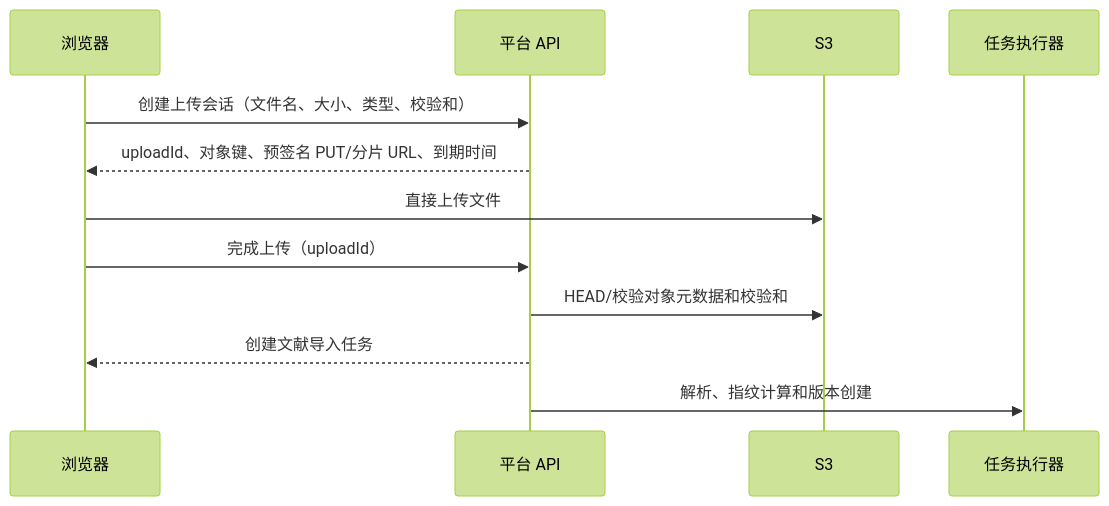
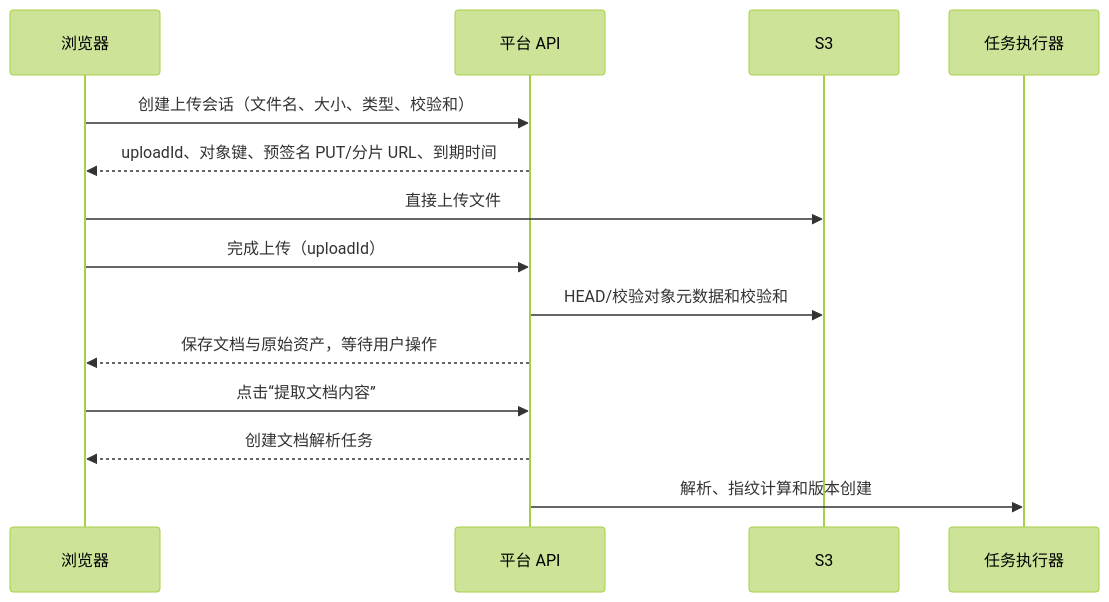
One commit to muzhix/suzhi changed the fifth of 5 diagrams in doc/blueprint.md. Above: the diagram before and after it, drawn with Mermaid (forest theme). The commit also changed other lines of this file and 10 other files, not shown here.

````diff
--- a/doc/blueprint.md
+++ b/doc/blueprint.md
@@ -1358,14 +1587,16 @@
 ```mermaid
 sequenceDiagram
     participant B as 浏览器
     participant A as 平台 API
     participant S as S3
     participant W as 任务执行器
     B->>A: 创建上传会话（文件名、大小、类型、校验和）
     A-->>B: uploadId、对象键、预签名 PUT/分片 URL、到期时间
     B->>S: 直接上传文件
     B->>A: 完成上传（uploadId）
     A->>S: HEAD/校验对象元数据和校验和
-    A-->>B: 创建文献导入任务
+    A-->>B: 保存文档与原始资产，等待用户操作
+    B->>A: 点击“提取文档内容”
+    A-->>B: 创建文档解析任务
     A->>W: 解析、指纹计算和版本创建
 ```
````
